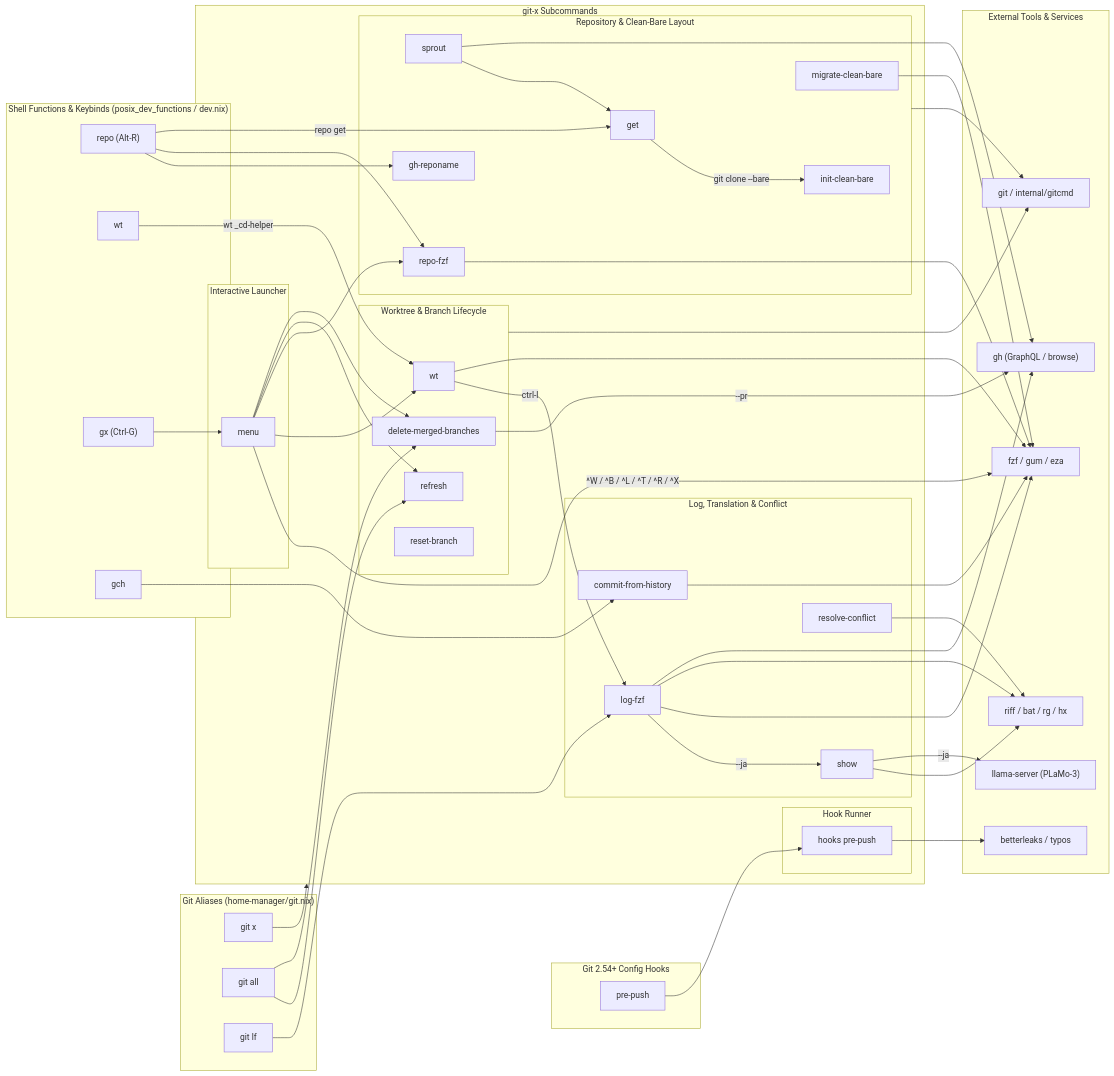
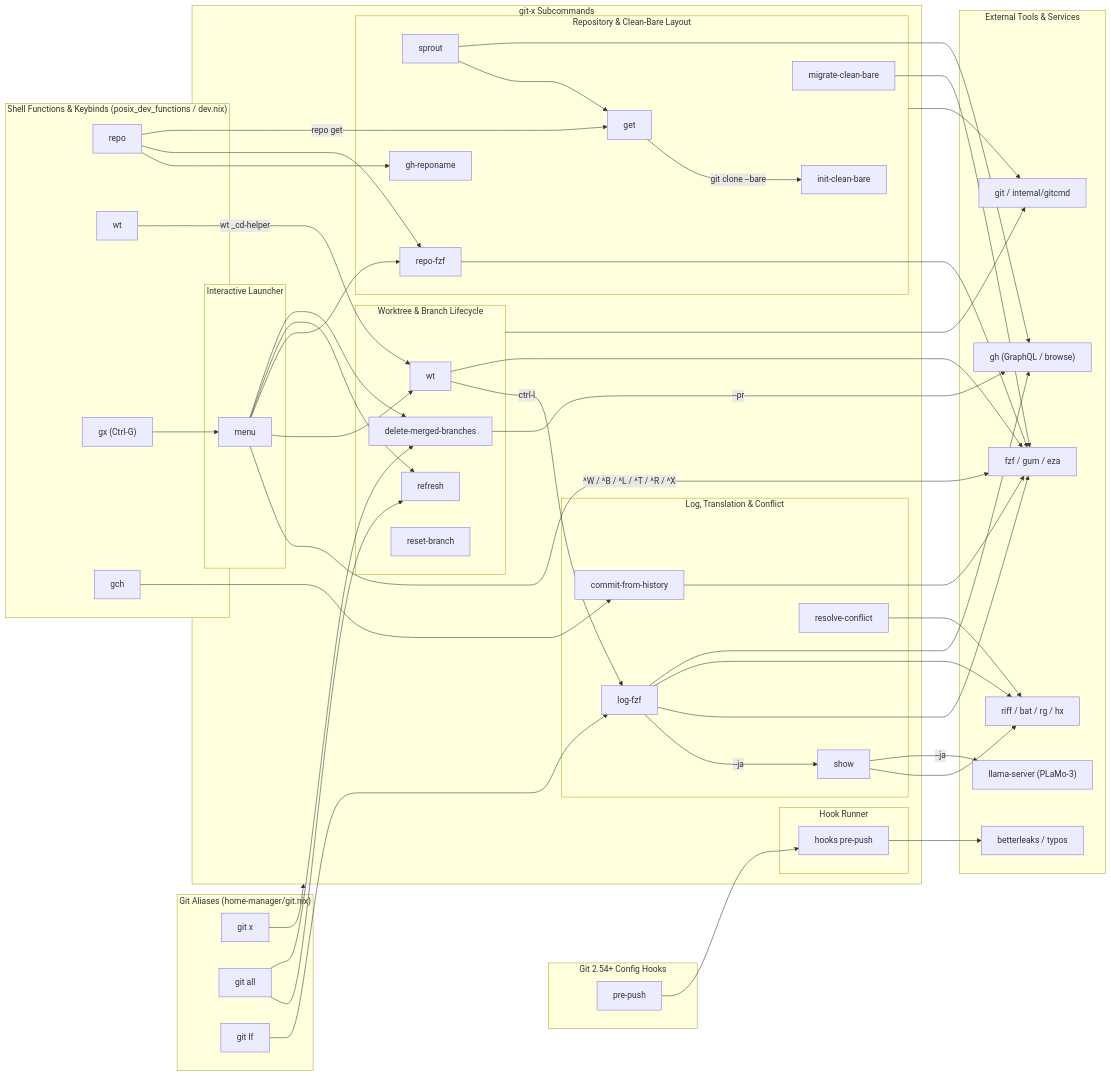
Before and after one commit to kachick/dotfiles: the first of 3 diagrams in pkgs/by-name/gi/git-x/README.md, drawn with Mermaid. The commit also changed other lines of this file and 1 other file, not shown here.

Commit message:
Drop Alt-R keybind and run Ctrl-G cd via ZLE
Ctrl-G already reaches the repository view via git-x menu, so a
separate Alt-R keybind is not needed. Move the accept-line cd flow
into git-x-menu-widget so zsh updates prompt, title, and direnv hooks
after jumping from Ctrl-G.

````diff
--- a/pkgs/by-name/gi/git-x/README.md
+++ b/pkgs/by-name/gi/git-x/README.md
@@ -7,7 +7,7 @@
 ```mermaid
 flowchart LR
     subgraph Shell ["Shell Functions & Keybinds (posix_dev_functions / dev.nix)"]
-        repo_fn["repo (Alt-R)"]
+        repo_fn["repo"]
         wt_fn["wt"]
         gx_fn["gx (Ctrl-G)"]
         gch["gch"]
````
